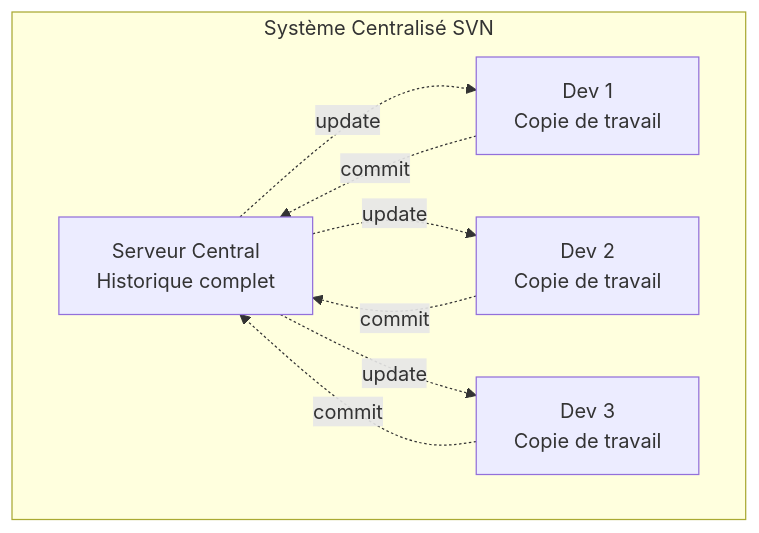
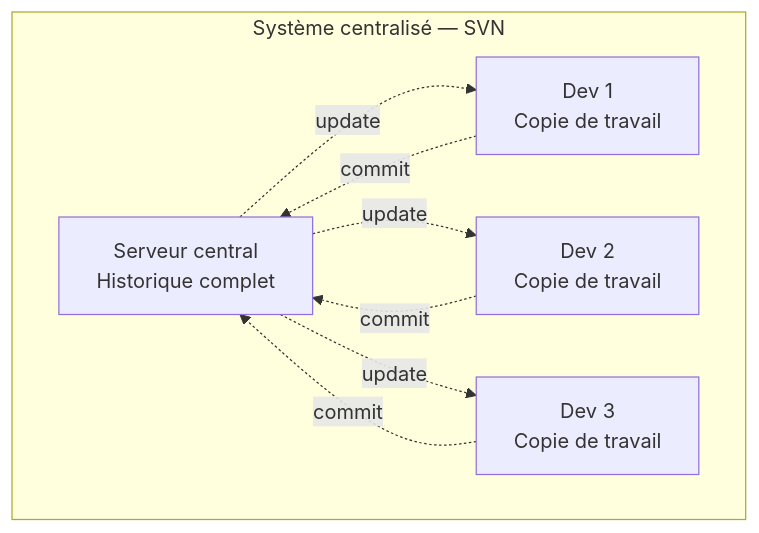
The second of 8 diagrams in docs/bases/outils/git.md (zyrass/omnydocs), drawn with Mermaid before and after one commit. The commit also changed other lines of this file and 89 other files, not shown here.

````diff
--- a/docs/bases/outils/git.md
+++ b/docs/bases/outils/git.md
@@ -68,17 +59,18 @@
-    ```mermaid
-    graph TB
-        subgraph "Système Centralisé SVN"
-            A1[Serveur Central<br/>Historique complet]
-            B1[Dev 1<br/>Copie de travail]
-            B2[Dev 2<br/>Copie de travail]
-            B3[Dev 3<br/>Copie de travail]
-            
-            B1 -.->|commit| A1
-            B2 -.->|commit| A1
-            B3 -.->|commit| A1
-            
-            A1 -.->|update| B1
-            A1 -.->|update| B2
-            A1 -.->|update| B3
-        end
-    ```
+```mermaid
+flowchart LR
+    subgraph "Système centralisé — SVN"
+        direction LR
+        A1["Serveur central<br />Historique complet"]
+        B1["Dev 1<br />Copie de travail"]
+        B2["Dev 2<br />Copie de travail"]
+        B3["Dev 3<br />Copie de travail"]
+
+        B1 -.->|commit| A1
+        B2 -.->|commit| A1
+        B3 -.->|commit| A1
+
+        A1 -.->|update| B1
+        A1 -.->|update| B2
+        A1 -.->|update| B3
+    end
+```
````
